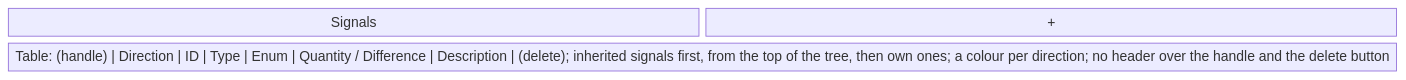
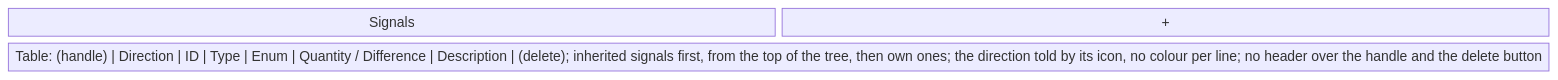
Before and after one commit to AlexandreGallais/synoptic-studio-spec: the fifth of 16 diagrams in screens/metadata.md, drawn with Mermaid. The commit also changed other lines of this file and 7 other files, not shown here.

````diff
--- a/screens/metadata.md
+++ b/screens/metadata.md
@@ -184,6 +184,6 @@
 ```mermaid
 block-beta
     columns 2
     title["Signals"] add["+"]
-    table["Table: (handle) | Direction | ID | Type | Enum | Quantity / Difference | Description | (delete); inherited signals first, from the top of the tree, then own ones; a colour per direction; no header over the handle and the delete button"]:2
+    table["Table: (handle) | Direction | ID | Type | Enum | Quantity / Difference | Description | (delete); inherited signals first, from the top of the tree, then own ones; the direction told by its icon, no colour per line; no header over the handle and the delete button"]:2
 ```
````
